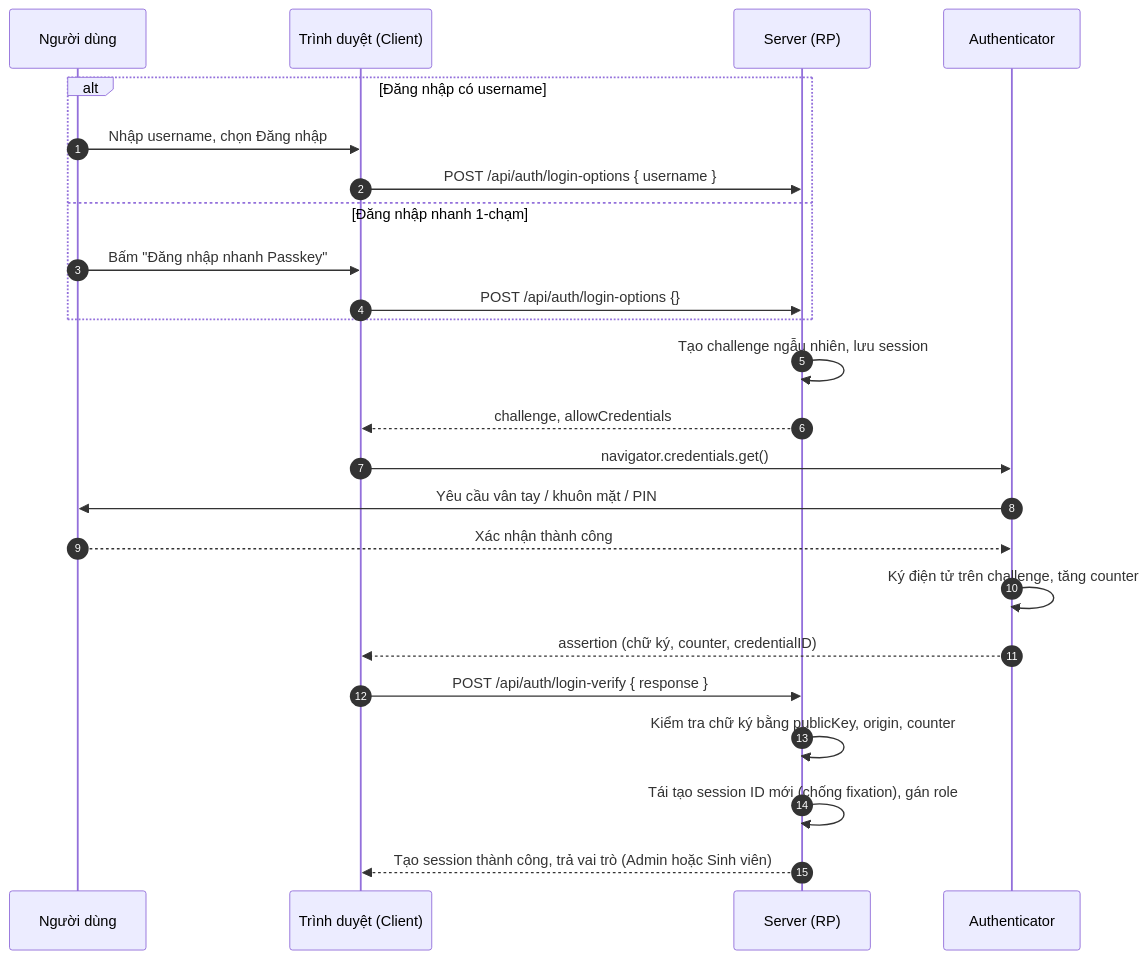
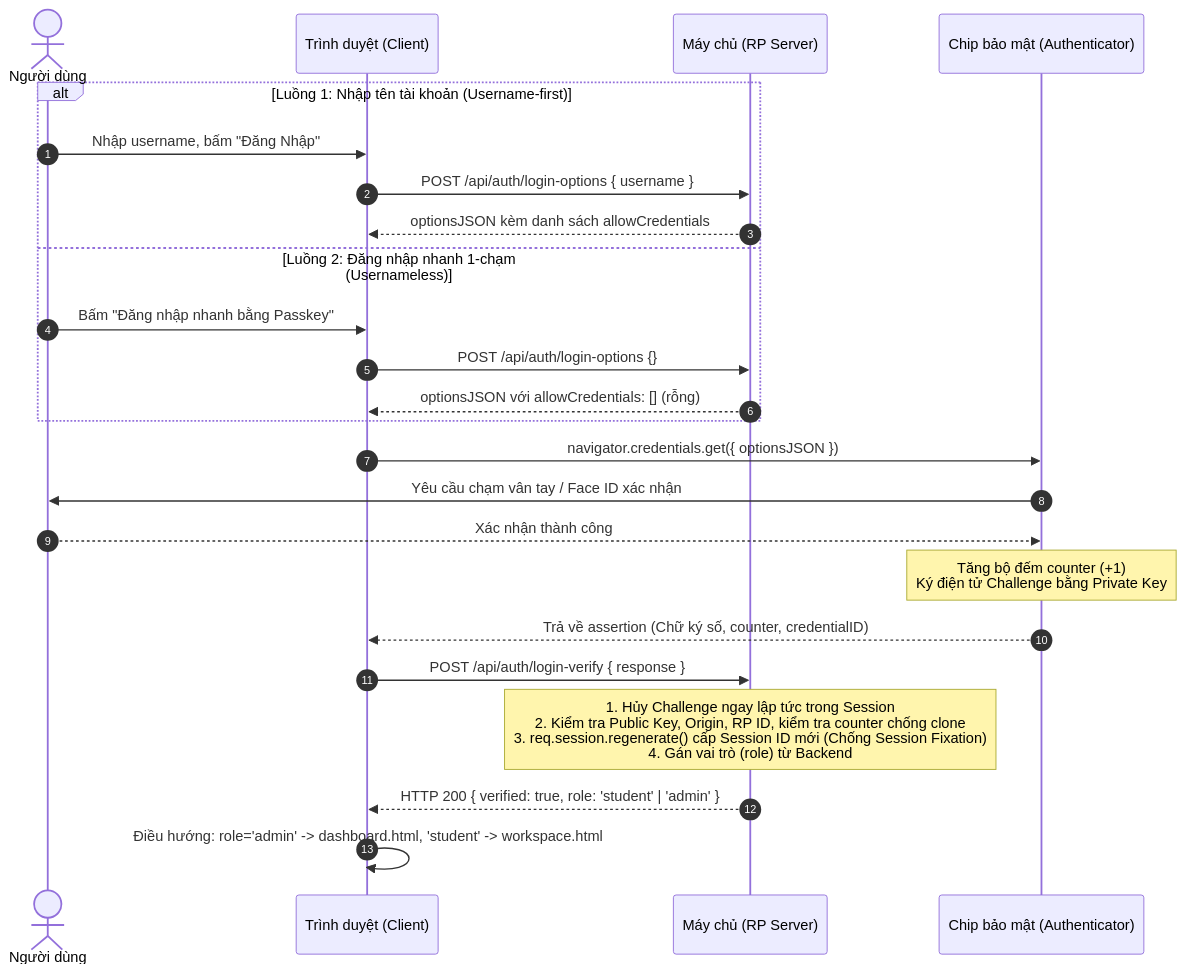
The second of 3 diagrams in README.md (nguyenquockiet2462005/fido2), drawn with Mermaid before and after one commit. The commit also changed other lines of this file, not shown here.

````diff
--- a/README.md
+++ b/README.md
@@ -103,27 +126,28 @@
 ```mermaid
 sequenceDiagram
     autonumber
-    participant U as Người dùng
+    actor U as Người dùng
     participant C as Trình duyệt (Client)
-    participant S as Server (RP)
-    participant A as Authenticator
+    participant S as Máy chủ (RP Server)
+    participant A as Chip bảo mật (Authenticator)
 
-    alt Đăng nhập có username
-        U->>C: Nhập username, chọn Đăng nhập
+    alt Luồng 1: Nhập tên tài khoản (Username-first)
+        U->>C: Nhập username, bấm "Đăng Nhập"
         C->>S: POST /api/auth/login-options { username }
-    else Đăng nhập nhanh 1-chạm
-        U->>C: Bấm "Đăng nhập nhanh Passkey"
+        S-->>C: optionsJSON kèm danh sách allowCredentials
+    else Luồng 2: Đăng nhập nhanh 1-chạm (Usernameless)
+        U->>C: Bấm "Đăng nhập nhanh bằng Passkey"
         C->>S: POST /api/auth/login-options {}
+        S-->>C: optionsJSON với allowCredentials: [] (rỗng)
     end
-    S->>S: Tạo challenge ngẫu nhiên, lưu session
-    S-->>C: challenge, allowCredentials
-    C->>A: navigator.credentials.get()
-    A->>U: Yêu cầu vân tay / khuôn mặt / PIN
+
+    C->>A: navigator.credentials.get({ optionsJSON })
+    A->>U: Yêu cầu chạm vân tay / Face ID xác nhận
     U-->>A: Xác nhận thành công
-    A->>A: Ký điện tử trên challenge, tăng counter
-    A-->>C: assertion (chữ ký, counter, credentialID)
+    Note over A: Tăng bộ đếm counter (+1)<br/>Ký điện tử Challenge bằng Private Key
+    A-->>C: Trả về assertion (Chữ ký số, counter, credentialID)
     C->>S: POST /api/auth/login-verify { response }
-    S->>S: Kiểm tra chữ ký bằng publicKey, origin, counter
-    S->>S: Tái tạo session ID mới (chống fixation), gán role
-    S-->>C: Tạo session thành công, trả vai trò (Admin hoặc Sinh viên)
+    Note over S: 1. Hủy Challenge ngay lập tức trong Session<br/>2. Kiểm tra Public Key, Origin, RP ID, kiểm tra counter chống clone<br/>3. req.session.regenerate() cấp Session ID mới (Chống Session Fixation)<br/>4. Gán vai trò (role) từ Backend
+    S-->>C: HTTP 200 { verified: true, role: 'student' | 'admin' }
+    C->>C: Điều hướng: role='admin' -> dashboard.html, 'student' -> workspace.html
 ```
````
